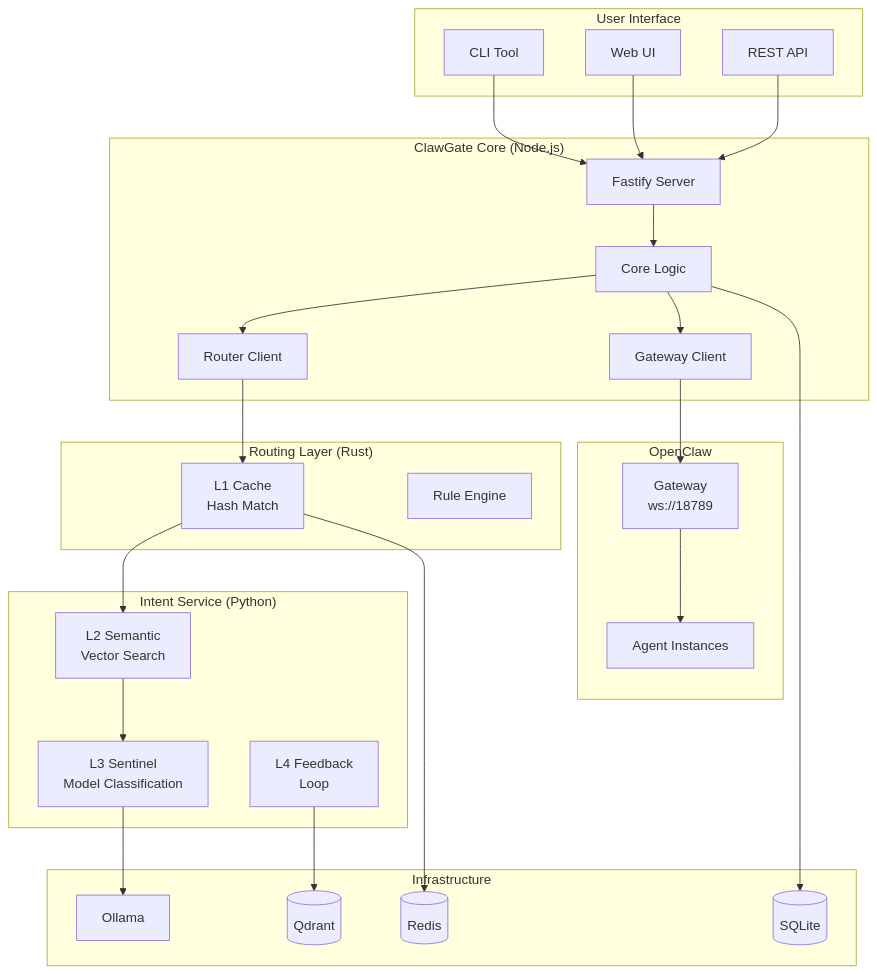
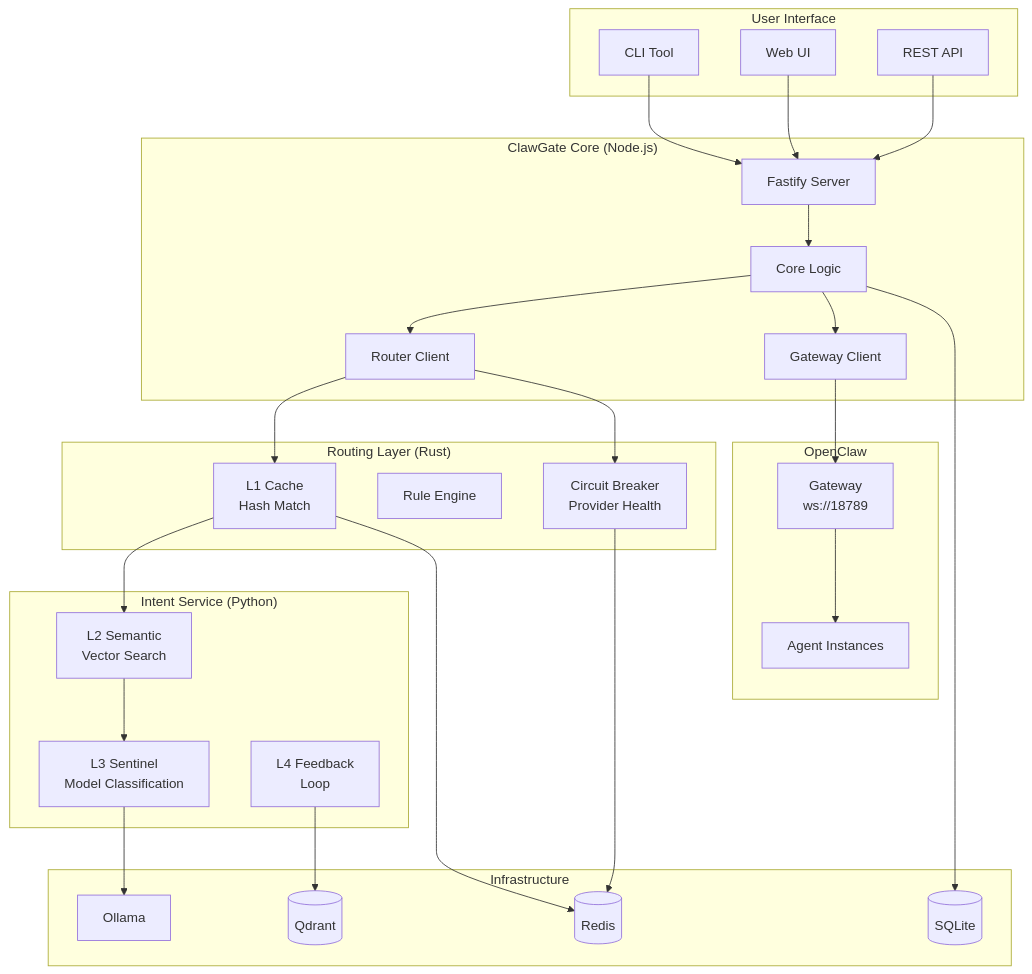
One commit to DXL-0702/ClawGate changed the first of 2 diagrams in architecture.md. Above: the diagram before and after it, drawn with Mermaid. The commit also changed 27 other files, not shown here.

````diff
--- a/architecture.md
+++ b/architecture.md
@@ -21,54 +21,57 @@
 ```mermaid
 graph TB
     subgraph "User Interface"
         CLI[CLI Tool]
         WebUI[Web UI]
         API[REST API]
     end
 
     subgraph "ClawGate Core (Node.js)"
         Server[Fastify Server]
         Core[Core Logic]
         Router[Router Client]
         Gateway[Gateway Client]
     end
 
     subgraph "Routing Layer (Rust)"
         L1[L1 Cache<br/>Hash Match]
         Rules[Rule Engine]
+        Circuit[Circuit Breaker<br/>Provider Health]
     end
 
     subgraph "Intent Service (Python)"
         L2[L2 Semantic<br/>Vector Search]
         L3[L3 Sentinel<br/>Model Classification]
         L4[L4 Feedback<br/>Loop]
     end
 
     subgraph "Infrastructure"
         Redis[(Redis)]
         SQLite[(SQLite)]
         Qdrant[(Qdrant)]
         Ollama[Ollama]
     end
 
     subgraph "OpenClaw"
         OCGateway[Gateway<br/>ws://18789]
         Agents[Agent Instances]
     end
 
     CLI --> Server
     WebUI --> Server
     API --> Server
     Server --> Core
     Core --> Router
     Core --> Gateway
     Router --> L1
+    Router --> Circuit
     L1 --> L2
     L2 --> L3
     L3 --> Ollama
     L4 --> Qdrant
     L1 --> Redis
+    Circuit --> Redis
     Core --> SQLite
     Gateway --> OCGateway
     OCGateway --> Agents
 ```
````
